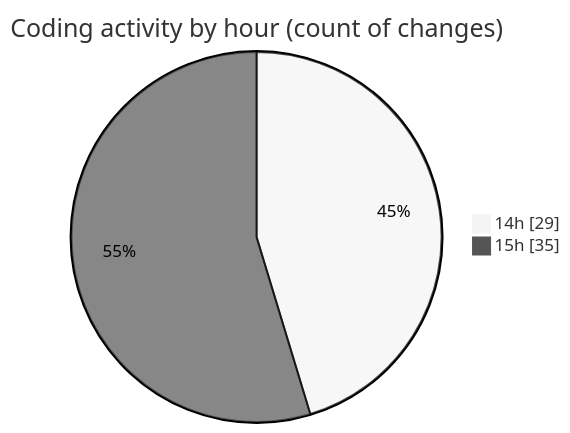
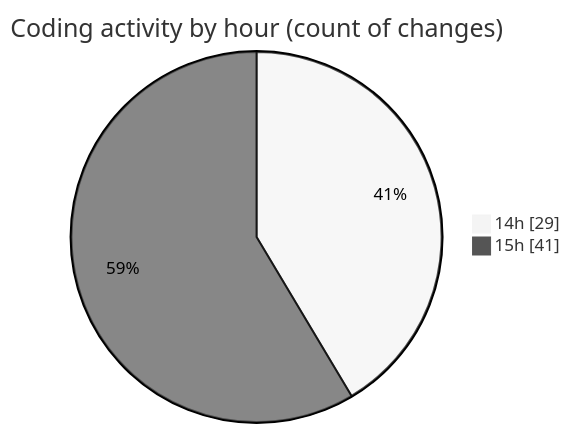
The second of 2 diagrams in 2025-06-05/ecodeli-1/README.md (CELIANVF/code-tracking), drawn with Mermaid (neutral theme) before and after one commit. The commit also changed other lines of this file and 1 other file, not shown here.

````diff
--- a/2025-06-05/ecodeli-1/README.md
+++ b/2025-06-05/ecodeli-1/README.md
@@ -56,6 +59,6 @@
 ```mermaid
 pie showData
 title Coding activity by hour (count of changes)
 "14h" : 29
-"15h" : 35
+"15h" : 41
 ```
````
